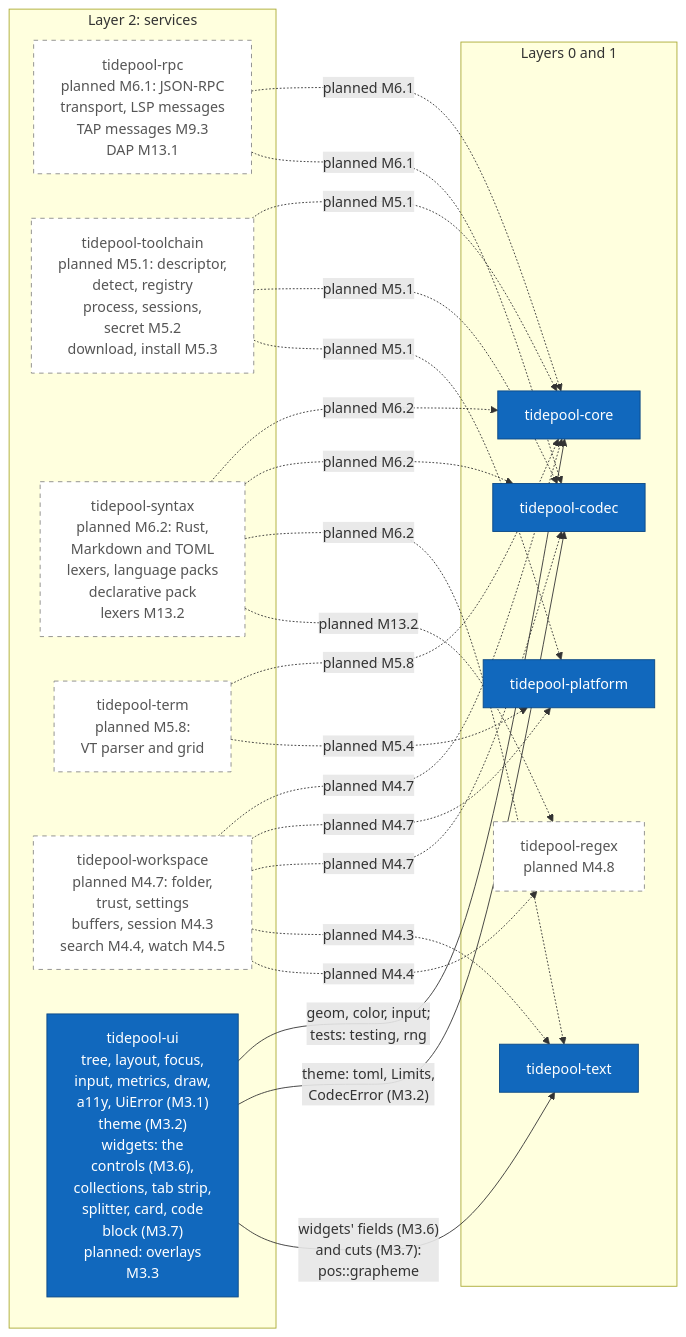
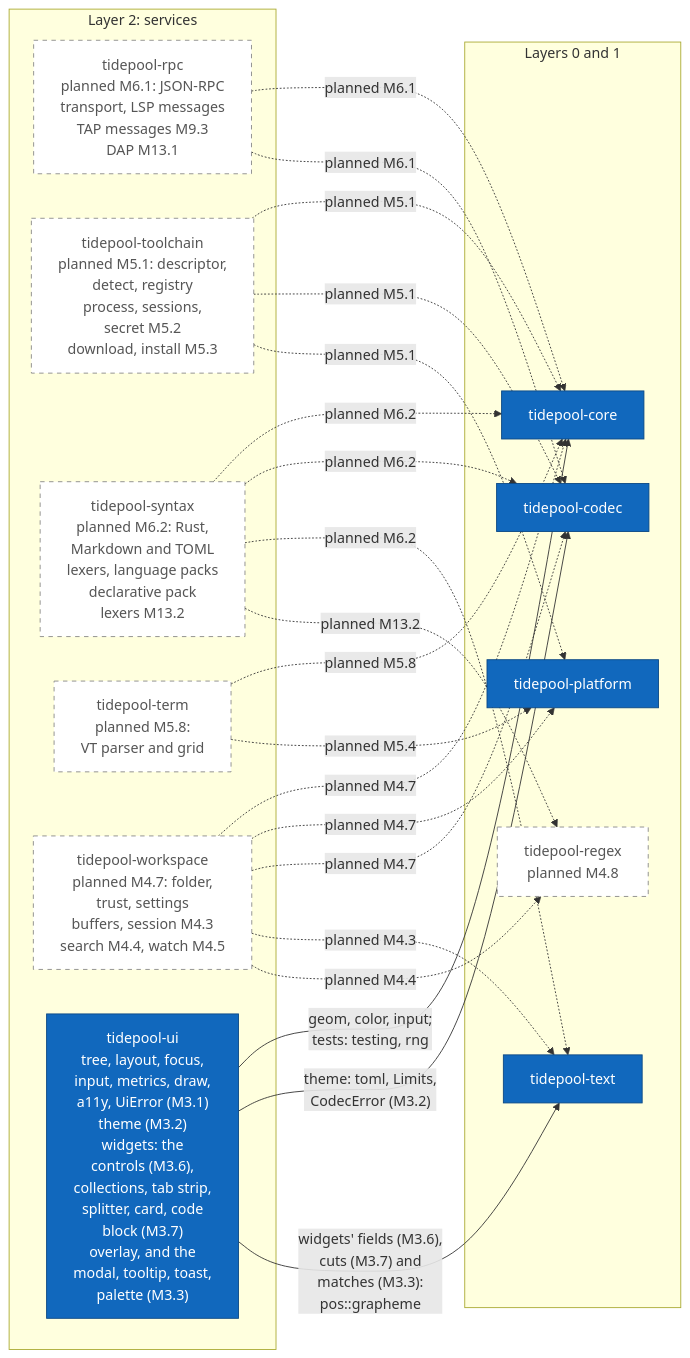
The seventh of 17 diagrams in diagrams/c4-architecture.md (jabbott-iii/Tidepool), drawn with Mermaid before and after one commit. The commit also changed other lines of this file and 62 other files, not shown here.

````diff
--- a/diagrams/c4-architecture.md
+++ b/diagrams/c4-architecture.md
@@ -368,43 +371,43 @@
 ```mermaid
 flowchart LR
     subgraph L2["Layer 2: services"]
         k_rpc["tidepool-rpc<br/>planned M6.1: JSON-RPC<br/>transport, LSP messages<br/>TAP messages M9.3<br/>DAP M13.1"]
         k_toolchain["tidepool-toolchain<br/>planned M5.1: descriptor,<br/>detect, registry<br/>process, sessions,<br/>secret M5.2<br/>download, install M5.3"]
         k_syntax["tidepool-syntax<br/>planned M6.2: Rust,<br/>Markdown and TOML<br/>lexers, language packs<br/>declarative pack<br/>lexers M13.2"]
         k_term["tidepool-term<br/>planned M5.8:<br/>VT parser and grid"]
         k_workspace["tidepool-workspace<br/>planned M4.7: folder,<br/>trust, settings<br/>buffers, session M4.3<br/>search M4.4, watch M4.5"]
-        k_ui["tidepool-ui<br/>tree, layout, focus,<br/>input, metrics, draw,<br/>a11y, UiError (M3.1)<br/>theme (M3.2)<br/>widgets: the<br/>controls (M3.6),<br/>collections, tab strip,<br/>splitter, card, code<br/>block (M3.7)<br/>planned: overlays<br/>M3.3"]
+        k_ui["tidepool-ui<br/>tree, layout, focus,<br/>input, metrics, draw,<br/>a11y, UiError (M3.1)<br/>theme (M3.2)<br/>widgets: the<br/>controls (M3.6),<br/>collections, tab strip,<br/>splitter, card, code<br/>block (M3.7)<br/>overlay, and the<br/>modal, tooltip, toast,<br/>palette (M3.3)"]
     end
     subgraph L01["Layers 0 and 1"]
         k_platform["tidepool-platform"]
         k_codec["tidepool-codec"]
         k_text["tidepool-text"]
         k_regex["tidepool-regex<br/>planned M4.8"]
         k_core["tidepool-core"]
     end
 
     k_rpc -.->|"planned M6.1"| k_core
     k_rpc -.->|"planned M6.1"| k_codec
     k_toolchain -.->|"planned M5.1"| k_core
     k_toolchain -.->|"planned M5.1"| k_codec
     k_toolchain -.->|"planned M5.1"| k_platform
     k_syntax -.->|"planned M6.2"| k_core
     k_syntax -.->|"planned M6.2"| k_codec
     k_syntax -.->|"planned M6.2"| k_text
     k_syntax -.->|"planned M13.2"| k_regex
     k_term -.->|"planned M5.8"| k_core
     k_term -.->|"planned M5.4"| k_platform
     k_workspace -.->|"planned M4.7"| k_core
     k_workspace -.->|"planned M4.7"| k_platform
     k_workspace -.->|"planned M4.7"| k_codec
     k_workspace -.->|"planned M4.3"| k_text
     k_workspace -.->|"planned M4.4"| k_regex
     k_ui -->|"geom, color, input;<br/>tests: testing, rng"| k_core
     k_ui -->|"theme: toml, Limits,<br/>CodecError (M3.2)"| k_codec
-    k_ui -->|"widgets' fields (M3.6)<br/>and cuts (M3.7):<br/>pos::grapheme"| k_text
+    k_ui -->|"widgets' fields (M3.6),<br/>cuts (M3.7) and<br/>matches (M3.3):<br/>pos::grapheme"| k_text
 
     classDef built fill:#1168bd,stroke:#0b4884,color:#ffffff
     classDef planned fill:#ffffff,stroke:#888888,stroke-dasharray: 5 5,color:#555555
     class k_platform,k_codec,k_text,k_core,k_ui built
     class k_rpc,k_toolchain,k_syntax,k_term,k_workspace,k_regex planned
 ```
````
